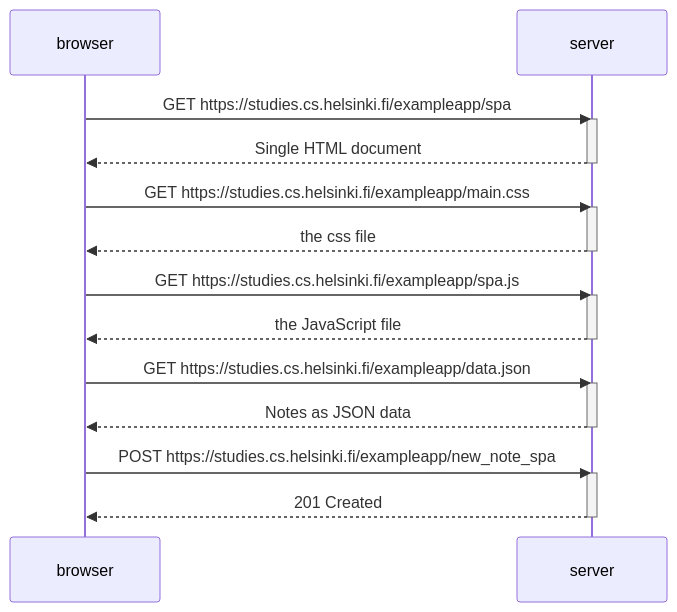
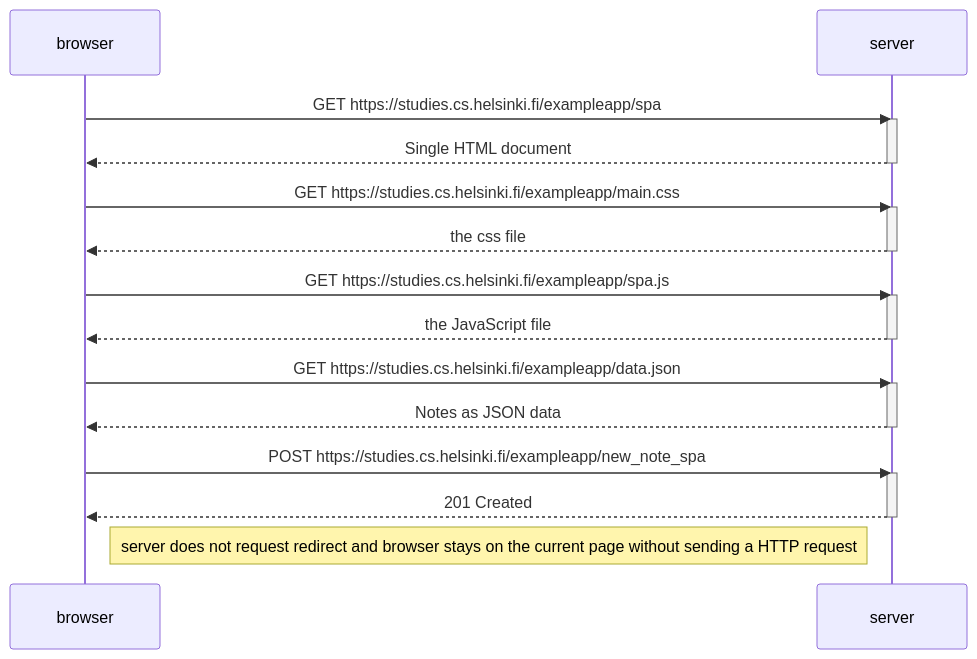
Before and after one commit to Tayo117/submissions: the diagram in part0/single-page_diagram.md, drawn with Mermaid.

````diff
--- a/part0/single-page_diagram.md
+++ b/part0/single-page_diagram.md
@@ -1,30 +1,32 @@
 ```mermaid
   sequenceDiagram
     participant browser
     participant server
 
     browser->>server: GET https://studies.cs.helsinki.fi/exampleapp/spa
     activate server
     server-->>browser: Single HTML document
     deactivate server
 
     browser->>server: GET https://studies.cs.helsinki.fi/exampleapp/main.css
     activate server
     server-->>browser: the css file
     deactivate server
 
     browser->>server: GET https://studies.cs.helsinki.fi/exampleapp/spa.js
     activate server
     server-->>browser: the JavaScript file
     deactivate server
     
     browser->>server: GET https://studies.cs.helsinki.fi/exampleapp/data.json
     activate server
     server-->>browser: Notes as JSON data
     deactivate server
 
     browser->>server: POST https://studies.cs.helsinki.fi/exampleapp/new_note_spa
     activate server
     server-->>browser: 201 Created
     deactivate server
+
+   Note right of browser: server does not request redirect and browser stays on the current page without sending a HTTP request
 ```
````
